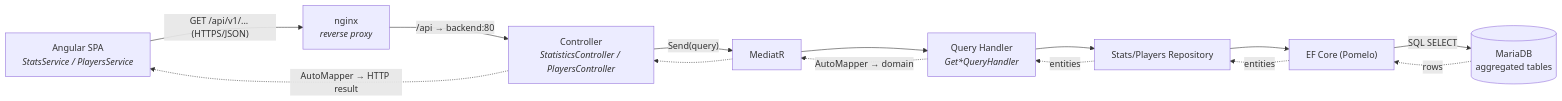
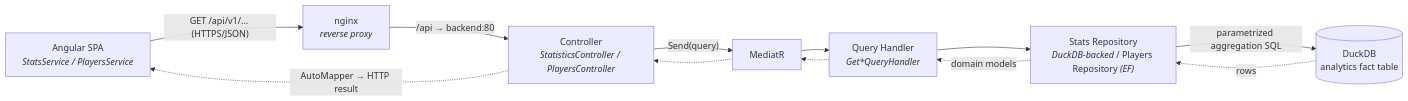
One commit to DeradoZA/tf2sa changed the first of 2 diagrams in docs/architecture/request-flow.md. Above: the diagram before and after it, drawn with Mermaid. The commit also changed other lines of this file and 12 other files, not shown here.

First line of the commit message:
docs: DuckDB analytics read-layer design (ADR 0008) + .NET 10 notes

````diff
--- a/docs/architecture/request-flow.md
+++ b/docs/architecture/request-flow.md
@@ -15,25 +23,22 @@
 ```mermaid
 flowchart LR
     browser["Angular SPA<br/><i>StatsService / PlayersService</i>"]
     nginx["nginx<br/><i>reverse proxy</i>"]
     controller["Controller<br/><i>StatisticsController / PlayersController</i>"]
     mediator["MediatR"]
     handler["Query Handler<br/><i>Get*QueryHandler</i>"]
-    repo["Stats/Players Repository"]
-    ef["EF Core (Pomelo)"]
-    db[("MariaDB<br/>aggregated tables")]
+    repo["Stats Repository<br/><i>DuckDB-backed</i> / Players Repository <i>(EF)</i>"]
+    duck[("DuckDB<br/>analytics fact table")]
 
     browser -->|"GET /api/v1/... (HTTPS/JSON)"| nginx
     nginx -->|"/api → backend:80"| controller
     controller -->|"Send(query)"| mediator
     mediator --> handler
     handler --> repo
-    repo --> ef
-    ef -->|SQL SELECT| db
-    db -.->|rows| ef
-    ef -.->|entities| repo
-    repo -.->|entities| handler
-    handler -.->|AutoMapper → domain| mediator
+    repo -->|"parametrized aggregation SQL"| duck
+    duck -.->|rows| repo
+    repo -.->|domain models| handler
+    handler -.-> mediator
     mediator -.-> controller
     controller -.->|AutoMapper → HTTP result| browser
 ```
````
